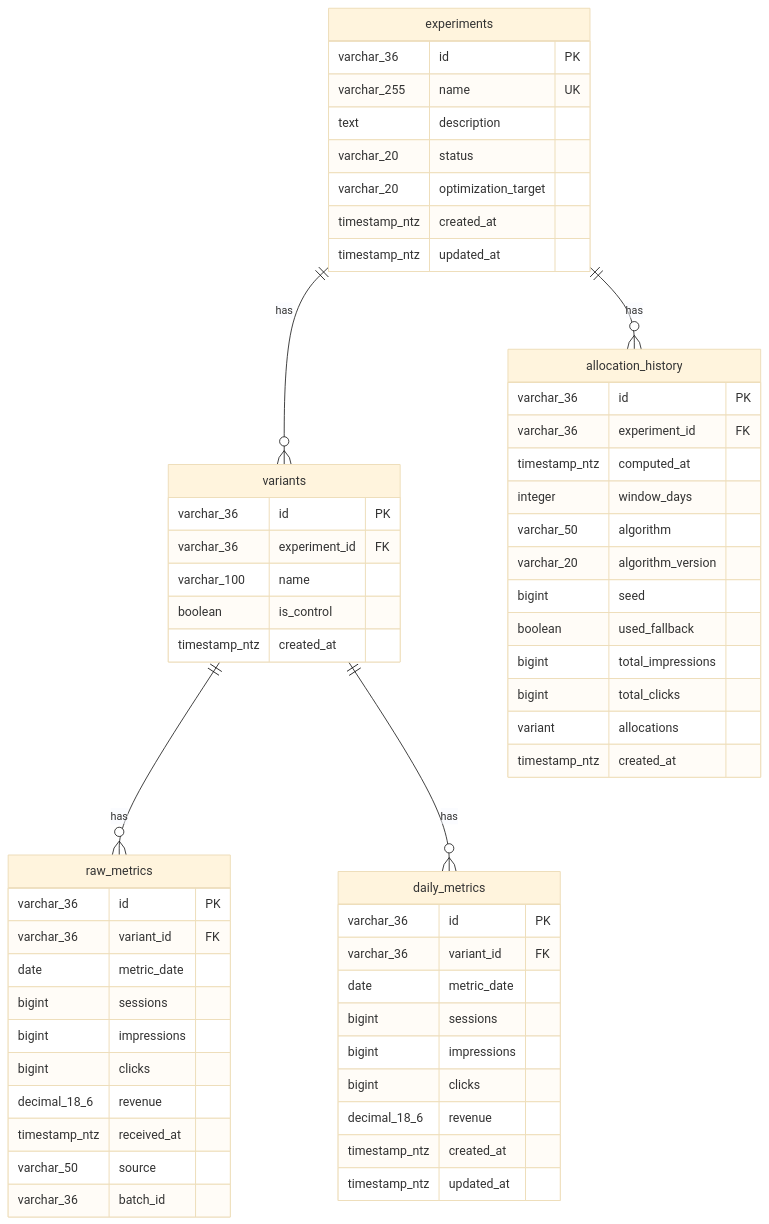
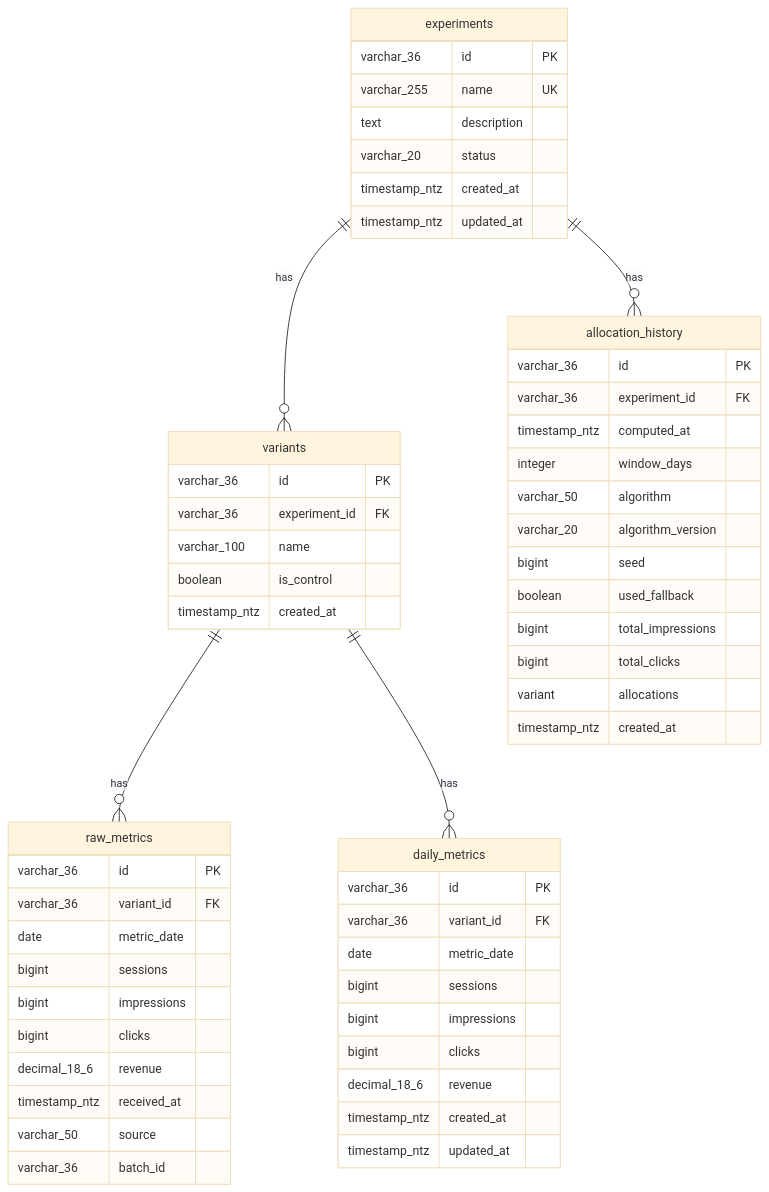
Before and after one commit to WillNery/mab-optimization-api: the diagram in mab-api-git/docs/ERD.md, drawn with Mermaid (base theme). The commit also changed other lines of this file and 2 other files, not shown here.

````diff
--- a/mab-api-git/docs/ERD.md
+++ b/mab-api-git/docs/ERD.md
@@ -5,65 +5,64 @@
 ```mermaid
 erDiagram
     experiments ||--o{ variants : "has"
     experiments ||--o{ allocation_history : "has"
     variants ||--o{ raw_metrics : "has"
     variants ||--o{ daily_metrics : "has"
 
     experiments {
         varchar_36 id PK
         varchar_255 name UK
         text description
         varchar_20 status
-        varchar_20 optimization_target
         timestamp_ntz created_at
         timestamp_ntz updated_at
     }
 
     variants {
         varchar_36 id PK
         varchar_36 experiment_id FK
         varchar_100 name
         boolean is_control
         timestamp_ntz created_at
     }
 
     raw_metrics {
         varchar_36 id PK
         varchar_36 variant_id FK
         date metric_date
         bigint sessions
         bigint impressions
         bigint clicks
         decimal_18_6 revenue
         timestamp_ntz received_at
         varchar_50 source
         varchar_36 batch_id
     }
 
     daily_metrics {
         varchar_36 id PK
         varchar_36 variant_id FK
         date metric_date
         bigint sessions
         bigint impressions
         bigint clicks
         decimal_18_6 revenue
         timestamp_ntz created_at
         timestamp_ntz updated_at
     }
 
     allocation_history {
         varchar_36 id PK
         varchar_36 experiment_id FK
         timestamp_ntz computed_at
         integer window_days
         varchar_50 algorithm
         varchar_20 algorithm_version
         bigint seed
         boolean used_fallback
         bigint total_impressions
         bigint total_clicks
         variant allocations
         timestamp_ntz created_at
     }
 ```
````
